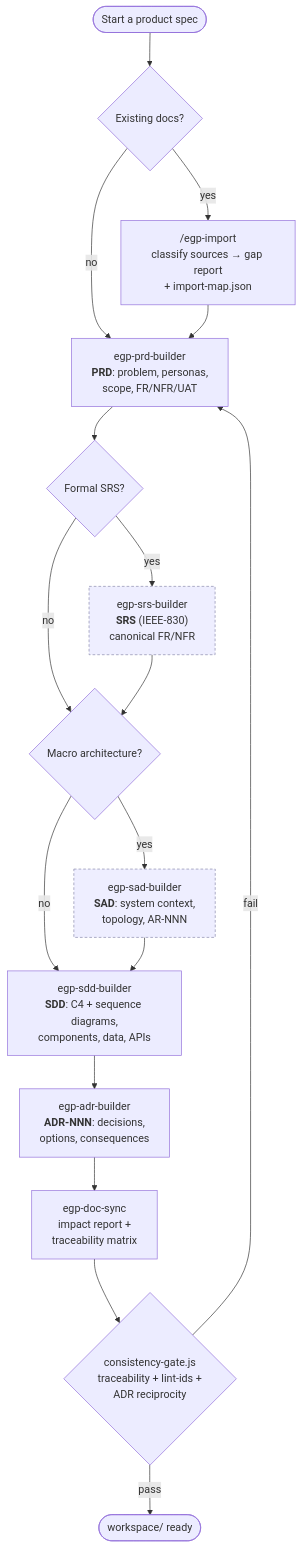
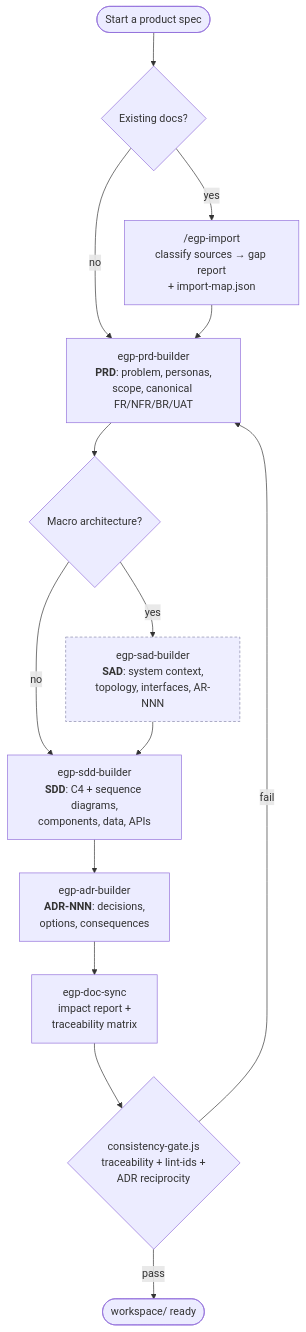
One commit to vivaldomp/engineering-product-skills changed the diagram in README.md. Above: the diagram before and after it, drawn with Mermaid. The commit also changed other lines of this file and 29 other files, not shown here.

First line of the commit message:
refactor(docs): retire IEEE-830 SRS; PRD is the single requirements home

````diff
--- a/README.md
+++ b/README.md
@@ -104,27 +106,24 @@
 ```mermaid
 flowchart TD
     Start([Start a product spec]) --> Has{Existing docs?}
     Has -- yes --> Import["/egp-import<br/>classify sources → gap report<br/>+ import-map.json"]
     Has -- no --> PRD
     Import --> PRD
 
-    PRD["egp-prd-builder<br/><b>PRD</b>: problem, personas,<br/>scope, FR/NFR/UAT"]
-    PRD --> SRSq{Formal SRS?}
-    SRSq -- yes --> SRS["egp-srs-builder<br/><b>SRS</b> (IEEE-830)<br/>canonical FR/NFR"]
-    SRSq -- no --> SADq
-    SRS --> SADq{Macro architecture?}
-    SADq -- yes --> SAD["egp-sad-builder<br/><b>SAD</b>: system context,<br/>topology, AR-NNN"]
+    PRD["egp-prd-builder<br/><b>PRD</b>: problem, personas,<br/>scope, canonical FR/NFR/BR/UAT"]
+    PRD --> SADq{Macro architecture?}
+    SADq -- yes --> SAD["egp-sad-builder<br/><b>SAD</b>: system context,<br/>topology, interfaces, AR-NNN"]
     SADq -- no --> SDD
     SAD --> SDD
 
     SDD["egp-sdd-builder<br/><b>SDD</b>: C4 + sequence diagrams,<br/>components, data, APIs"]
     SDD --> ADR["egp-adr-builder<br/><b>ADR-NNN</b>: decisions,<br/>options, consequences"]
     ADR --> Sync["egp-doc-sync<br/>impact report +<br/>traceability matrix"]
 
     Sync --> Gate{"consistency-gate.js<br/>traceability + lint-ids +<br/>ADR reciprocity"}
     Gate -- pass --> Done(["workspace/ ready"])
     Gate -- "fail" --> PRD
 
     classDef opt fill:#eef,stroke:#88a,stroke-dasharray:4 3;
-    class SRS,SAD opt;
+    class SAD opt;
 ```
````
